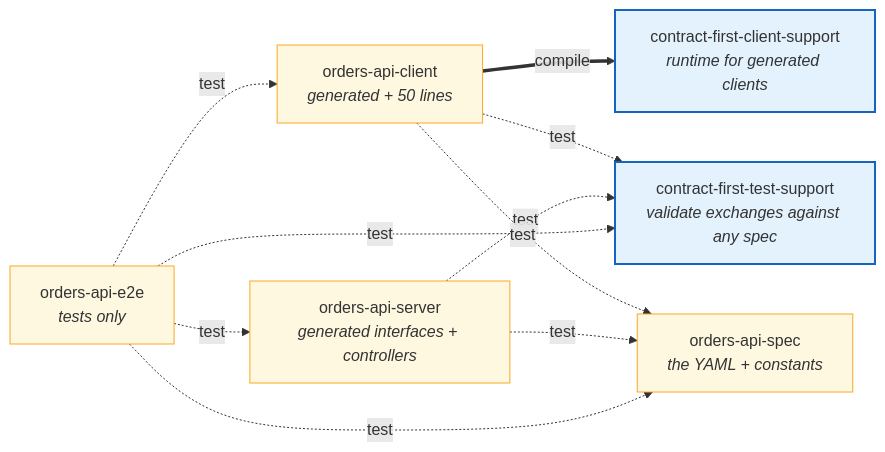
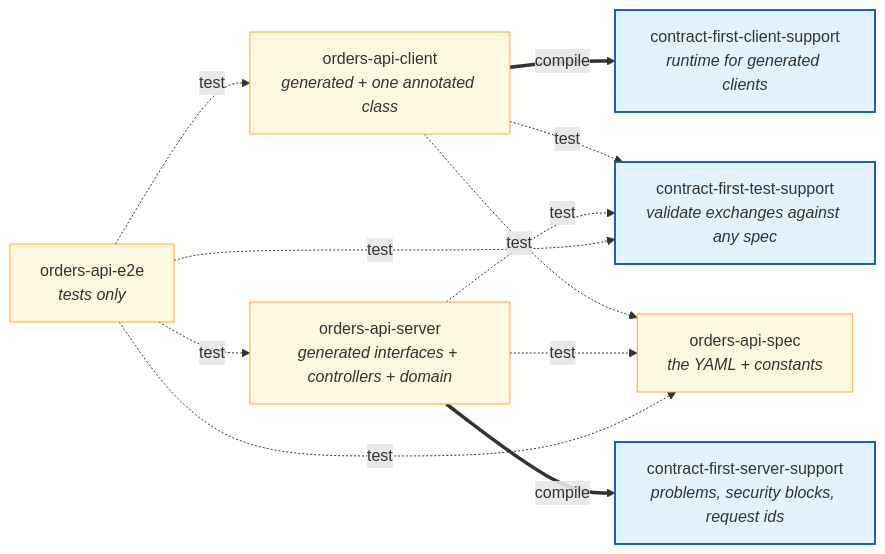
Before and after one commit to dmitrykislov/contract-first-spring: the sixth of 7 diagrams in README.md, drawn with Mermaid. The commit also changed other lines of this file and 71 other files, not shown here.

````diff
--- a/README.md
+++ b/README.md
@@ -445,24 +435,26 @@
 ```mermaid
 flowchart LR
     E2E["orders-api-e2e<br/><i>tests only</i>"]
-    CLIENT["orders-api-client<br/><i>generated + 50 lines</i>"]
-    SERVER["orders-api-server<br/><i>generated interfaces + controllers</i>"]
+    CLIENT["orders-api-client<br/><i>generated + one annotated class</i>"]
+    SERVER["orders-api-server<br/><i>generated interfaces + controllers + domain</i>"]
     CS["contract-first-client-support<br/><i>runtime for generated clients</i>"]
+    SS["contract-first-server-support<br/><i>problems, security blocks, request ids</i>"]
     TS["contract-first-test-support<br/><i>validate exchanges against any spec</i>"]
     SPEC["orders-api-spec<br/><i>the YAML + constants</i>"]
 
     E2E -.->|test| CLIENT
     E2E -.->|test| SERVER
     CLIENT ==>|compile| CS
+    SERVER ==>|compile| SS
     CLIENT -.->|test| TS
     SERVER -.->|test| TS
     E2E -.->|test| TS
     CLIENT -.->|test| SPEC
     SERVER -.->|test| SPEC
     E2E -.->|test| SPEC
 
     classDef lib fill:#e3f2fd,stroke:#1565c0,stroke-width:2px;
     classDef example fill:#fff8e1,stroke:#f9a825;
-    class CS,TS lib;
+    class CS,SS,TS lib;
     class E2E,CLIENT,SERVER,SPEC example;
 ```
````
